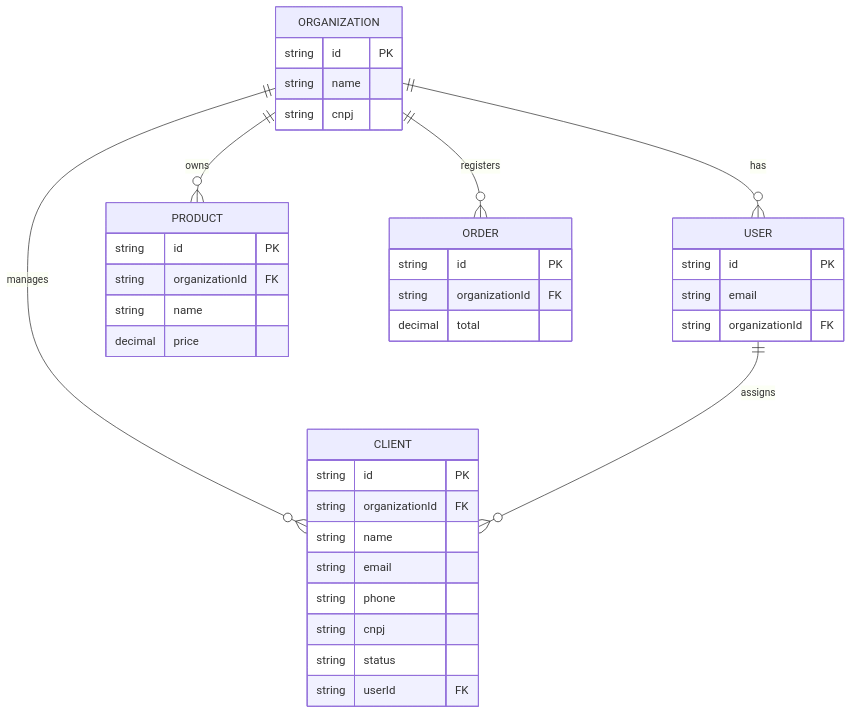
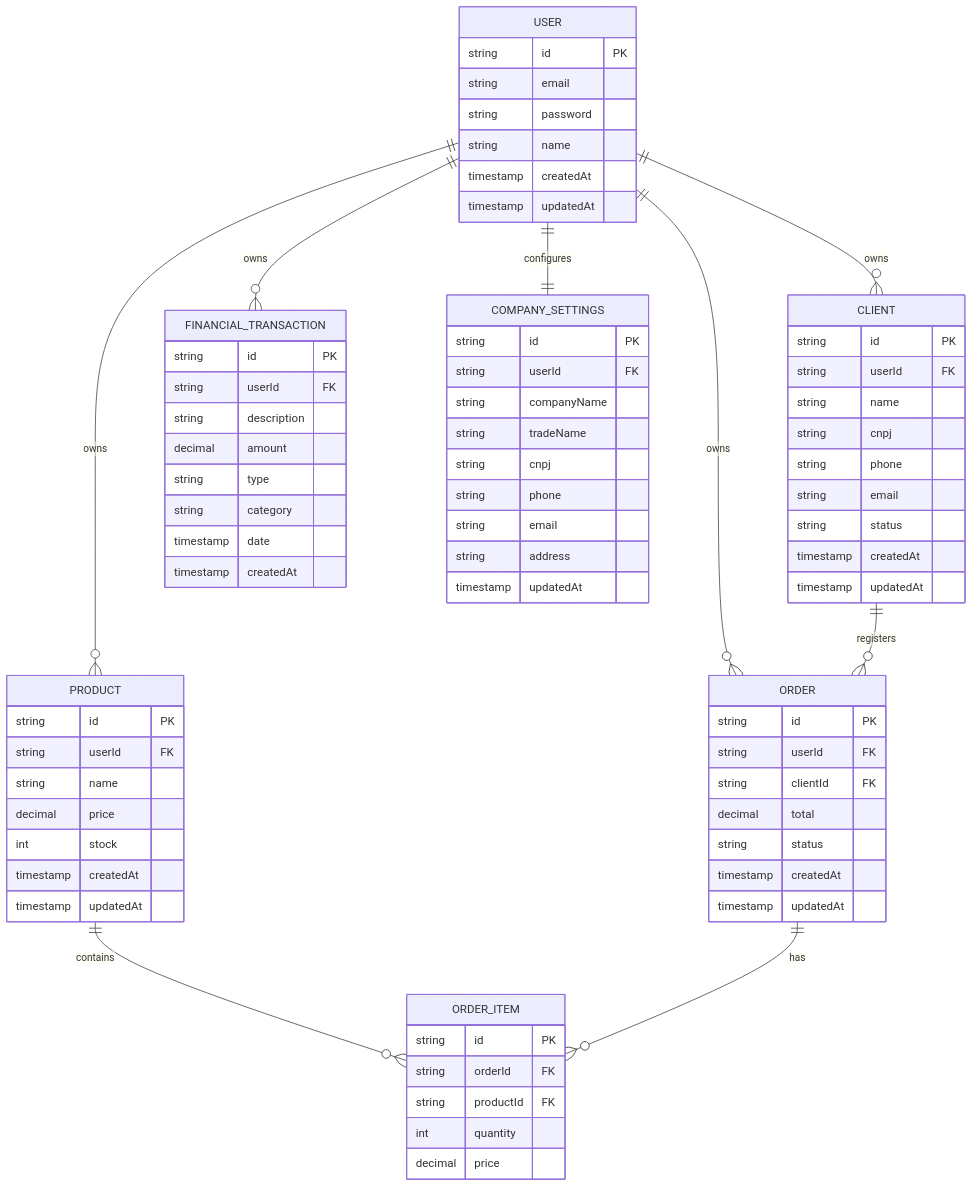
One commit to MuriloBarros7/Dashboard-Gestao changed the diagram in README.md. Above: the diagram before and after it, drawn with Mermaid. The commit also changed other lines of this file and 65 other files, not shown here.

````diff
--- a/README.md
+++ b/README.md
@@ -13,40 +13,77 @@
 ```mermaid
 erDiagram
-    ORGANIZATION ||--o{ USER : has
-    ORGANIZATION ||--o{ CLIENT : manages
-    ORGANIZATION ||--o{ PRODUCT : owns
-    ORGANIZATION ||--o{ ORDER : registers
-    USER ||--o{ CLIENT : assigns
+    USER ||--o{ CLIENT : owns
+    USER ||--o{ PRODUCT : owns
+    USER ||--o{ ORDER : owns
+    USER ||--o{ FINANCIAL_TRANSACTION : owns
+    USER ||--|| COMPANY_SETTINGS : configures
+    CLIENT ||--o{ ORDER : registers
+    PRODUCT ||--o{ ORDER_ITEM : contains
+    ORDER ||--o{ ORDER_ITEM : has
 
-    ORGANIZATION {
-        string id PK
-        string name
-        string cnpj
-    }
     USER {
         string id PK
         string email
-        string organizationId FK
+        string password
+        string name
+        timestamp createdAt
+        timestamp updatedAt
     }
     CLIENT {
         string id PK
-        string organizationId FK
+        string userId FK
         string name
+        string cnpj
+        string phone
         string email
-        string phone
-        string cnpj
         string status
-        string userId FK
+        timestamp createdAt
+        timestamp updatedAt
     }
     PRODUCT {
         string id PK
-        string organizationId FK
+        string userId FK
         string name
         decimal price
+        int stock
+        timestamp createdAt
+        timestamp updatedAt
     }
     ORDER {
         string id PK
-        string organizationId FK
+        string userId FK
+        string clientId FK
         decimal total
+        string status
+        timestamp createdAt
+        timestamp updatedAt
+    }
+    ORDER_ITEM {
+        string id PK
+        string orderId FK
+        string productId FK
+        int quantity
+        decimal price
+    }
+    COMPANY_SETTINGS {
+        string id PK
+        string userId FK
+        string companyName
+        string tradeName
+        string cnpj
+        string phone
+        string email
+        string address
+        timestamp updatedAt
+    }
+    FINANCIAL_TRANSACTION {
+        string id PK
+        string userId FK
+        string description
+        decimal amount
+        string type
+        string category
+        timestamp date
+        timestamp createdAt
     }
 ```
````
